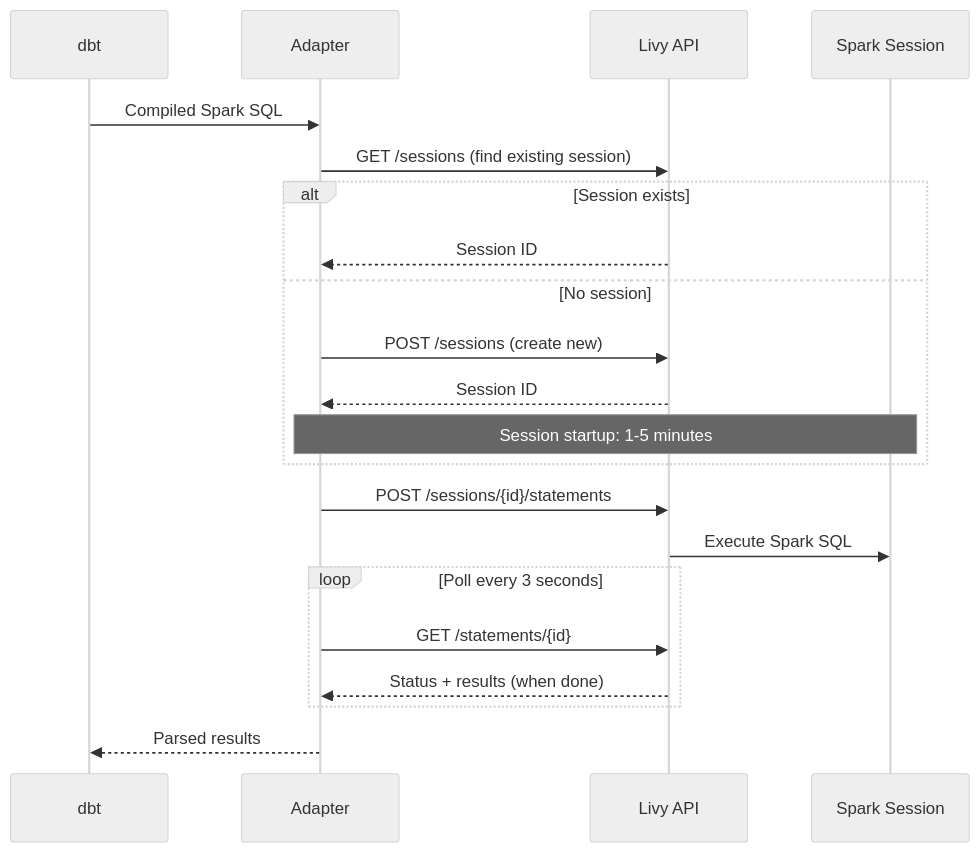
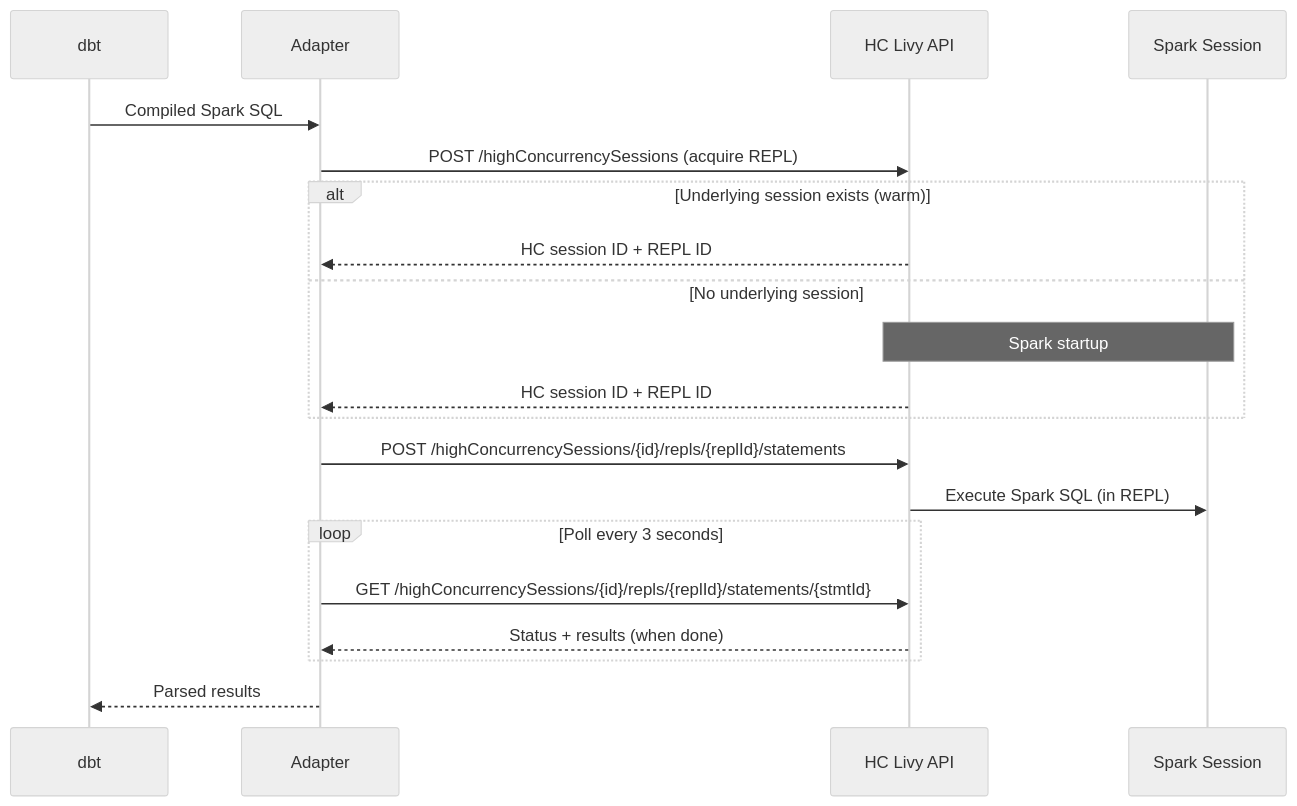
The diagram in docs/lakehouse.md (sdebruyn/dbt-fabric), drawn with Mermaid (neutral theme) before and after one commit. The commit also changed other lines of this file and 14 other files, not shown here.

First line of the commit message:
Add high-concurrency Livy support for parallel statement execution (#232)

````diff
--- a/docs/lakehouse.md
+++ b/docs/lakehouse.md
@@ -50,24 +50,23 @@
 ```mermaid
 sequenceDiagram
     participant dbt
     participant Adapter
-    participant Livy API
+    participant HC Livy API
     participant Spark Session
 
     dbt->>Adapter: Compiled Spark SQL
-    Adapter->>Livy API: GET /sessions (find existing session)
-    alt Session exists
-        Livy API-->>Adapter: Session ID
-    else No session
-        Adapter->>Livy API: POST /sessions (create new)
-        Livy API-->>Adapter: Session ID
-        Note over Adapter,Spark Session: Session startup: 1-5 minutes
+    Adapter->>HC Livy API: POST /highConcurrencySessions (acquire REPL)
+    alt Underlying session exists (warm)
+        HC Livy API-->>Adapter: HC session ID + REPL ID
+    else No underlying session
+        Note over HC Livy API,Spark Session: Spark startup
+        HC Livy API-->>Adapter: HC session ID + REPL ID
     end
-    Adapter->>Livy API: POST /sessions/{id}/statements
-    Livy API->>Spark Session: Execute Spark SQL
+    Adapter->>HC Livy API: POST /highConcurrencySessions/{id}/repls/{replId}/statements
+    HC Livy API->>Spark Session: Execute Spark SQL (in REPL)
     loop Poll every 3 seconds
-        Adapter->>Livy API: GET /statements/{id}
-        Livy API-->>Adapter: Status + results (when done)
+        Adapter->>HC Livy API: GET /highConcurrencySessions/{id}/repls/{replId}/statements/{stmtId}
+        HC Livy API-->>Adapter: Status + results (when done)
     end
     Adapter-->>dbt: Parsed results
 ```
````
